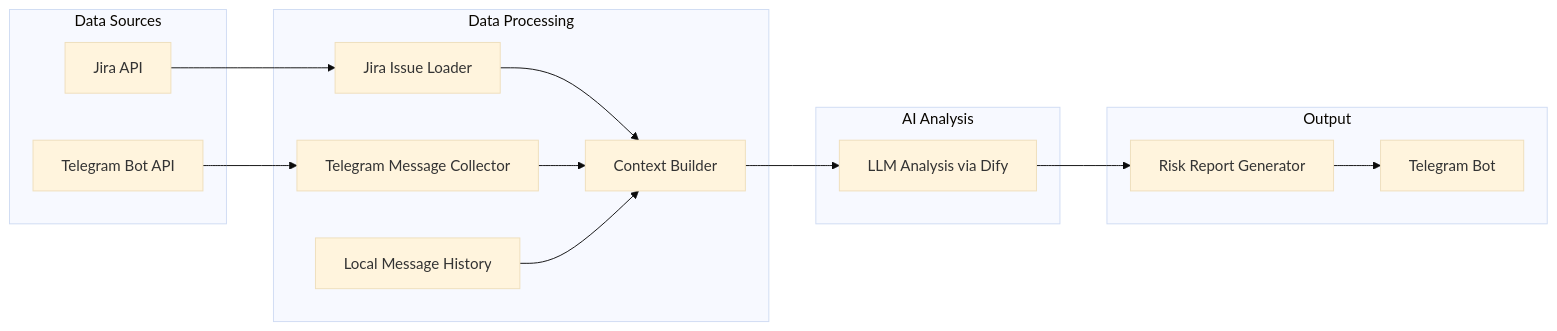
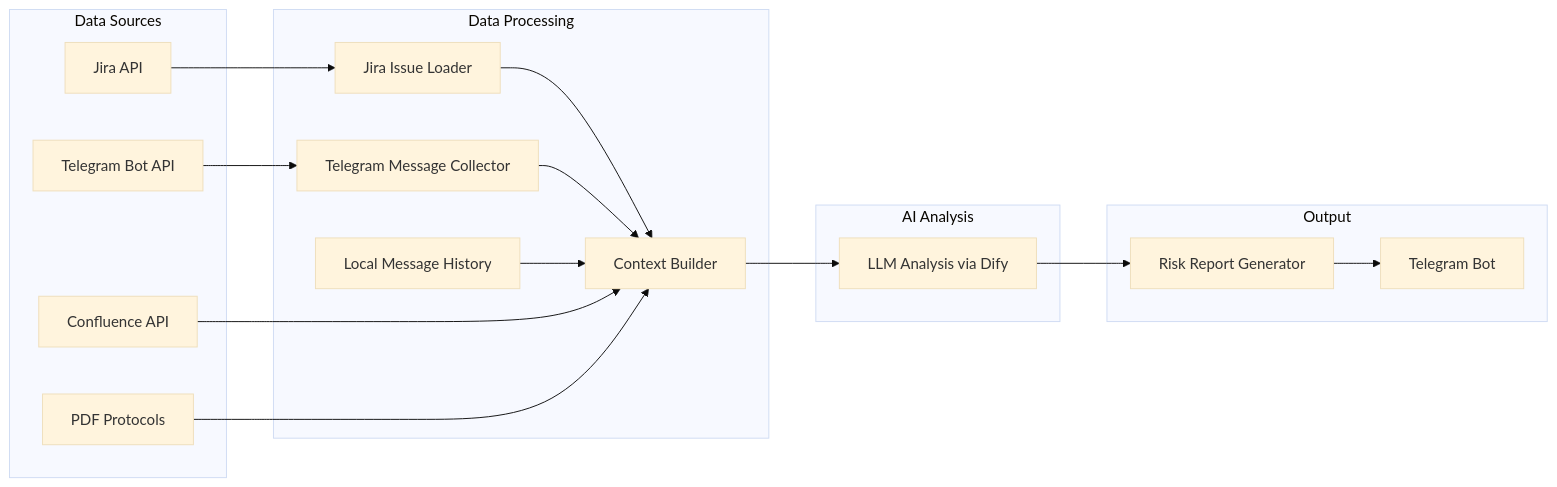
The diagram in README.md (JuliaNeverova702/argus-project-risk-analyzer), drawn with Mermaid (base theme) before and after one commit. The commit also changed other lines of this file and 11 other files, not shown here.

````diff
--- a/README.md
+++ b/README.md
@@ -25,35 +33,39 @@
 ```mermaid
 flowchart LR
 
 subgraph Data Sources
 Jira[Jira API]
 Telegram[Telegram Bot API]
+Confluence[Confluence API]
+PDF[PDF Protocols]
 end
 
 subgraph Data Processing
 Loader[Jira Issue Loader]
 Collector[Telegram Message Collector]
 History[Local Message History]
 Context[Context Builder]
 end
 
 subgraph AI Analysis
 LLM[LLM Analysis via Dify]
 end
 
 subgraph Output
 Report[Risk Report Generator]
 Bot[Telegram Bot]
 end
 
 Jira --> Loader
 Telegram --> Collector
 
 Loader --> Context
 Collector --> Context
 History --> Context
+Confluence --> Context
+PDF --> Context
 
 Context --> LLM
 LLM --> Report
 Report --> Bot
 ```
````
